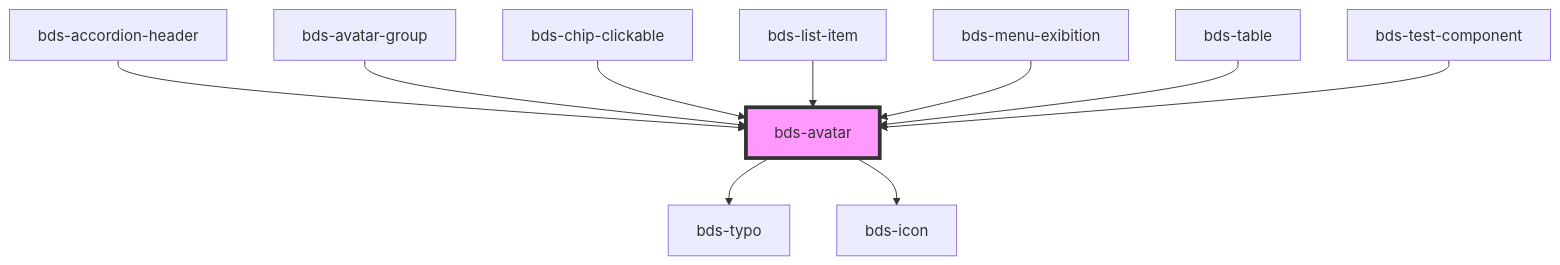
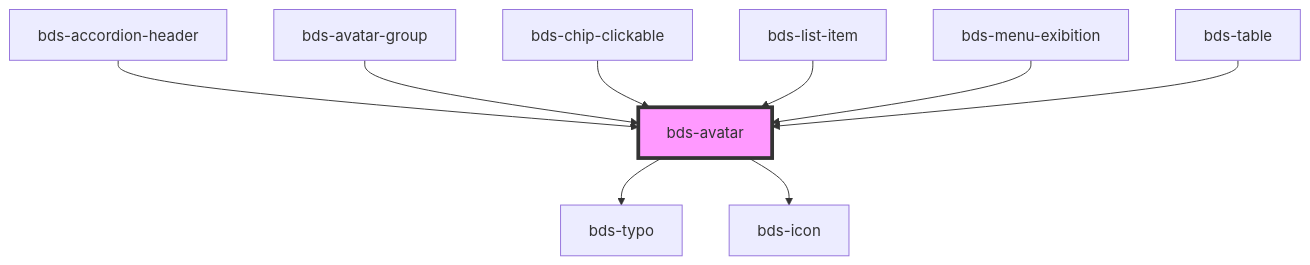
The diagram in src/components/avatar/readme.md (takenet/blip-ds), drawn with Mermaid before and after one commit. The commit also changed other lines of this file and 40 other files, not shown here.

Commit message:
feat(test-components): remove components example from test component

````diff
--- a/src/components/avatar/readme.md
+++ b/src/components/avatar/readme.md
@@ -46,13 +45,12 @@
 ```mermaid
 graph TD;
   bds-avatar --> bds-typo
   bds-avatar --> bds-icon
   bds-accordion-header --> bds-avatar
   bds-avatar-group --> bds-avatar
   bds-chip-clickable --> bds-avatar
   bds-list-item --> bds-avatar
   bds-menu-exibition --> bds-avatar
   bds-table --> bds-avatar
-  bds-test-component --> bds-avatar
   style bds-avatar fill:#f9f,stroke:#333,stroke-width:4px
 ```
````
